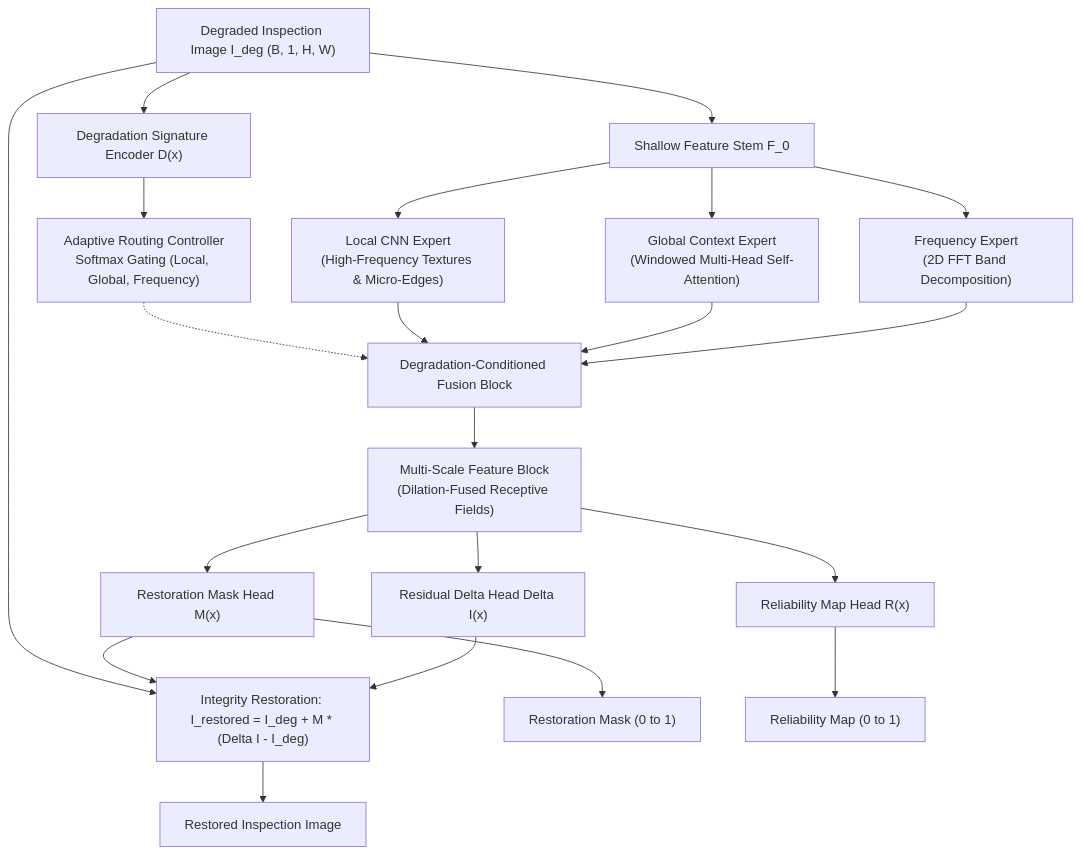
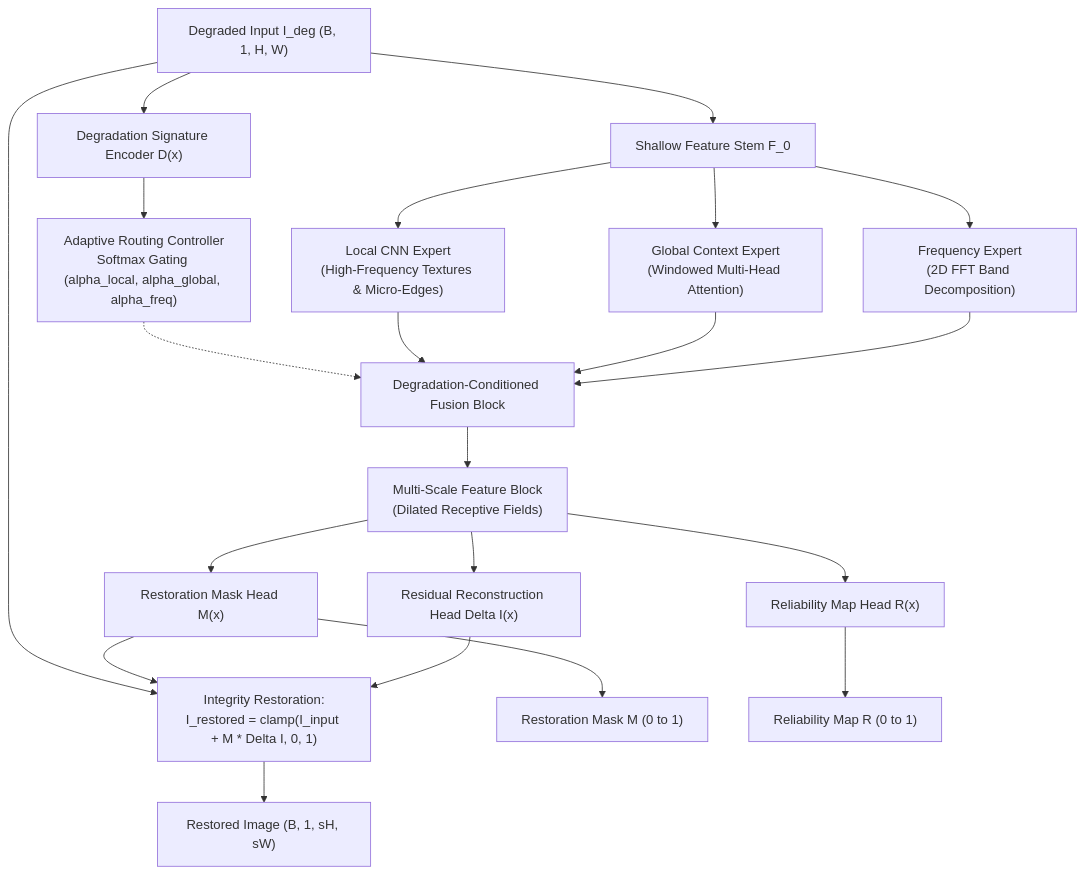
One commit to udhaya987/AIRIS-Net changed the diagram in README.md. Above: the diagram before and after it, drawn with Mermaid. The commit also changed other lines of this file and 1 other file, not shown here.

Commit message:
docs: finalize README with competition instructions, architecture details, and benchmarks

````diff
--- a/README.md
+++ b/README.md
@@ -37,30 +41,30 @@
 ```mermaid
 flowchart TD
-    In["Degraded Inspection Image I_deg (B, 1, H, W)"] --> Stem["Shallow Feature Stem F_0"]
+    In["Degraded Input I_deg (B, 1, H, W)"] --> Stem["Shallow Feature Stem F_0"]
     In --> DSE["Degradation Signature Encoder D(x)"]
     
-    DSE --> Router["Adaptive Routing Controller\nSoftmax Gating (Local, Global, Frequency)"]
+    DSE --> Router["Adaptive Routing Controller\nSoftmax Gating (alpha_local, alpha_global, alpha_freq)"]
     
     Stem --> LocalExp["Local CNN Expert\n(High-Frequency Textures & Micro-Edges)"]
-    Stem --> GlobalExp["Global Context Expert\n(Windowed Multi-Head Self-Attention)"]
+    Stem --> GlobalExp["Global Context Expert\n(Windowed Multi-Head Attention)"]
     Stem --> FreqExp["Frequency Expert\n(2D FFT Band Decomposition)"]
     
     Router -.-> Fusion["Degradation-Conditioned Fusion Block"]
     LocalExp --> Fusion
     GlobalExp --> Fusion
     FreqExp --> Fusion
     
-    Fusion --> MultiScale["Multi-Scale Feature Block\n(Dilation-Fused Receptive Fields)"]
+    Fusion --> MultiScale["Multi-Scale Feature Block\n(Dilated Receptive Fields)"]
     
     MultiScale --> MaskHead["Restoration Mask Head M(x)"]
-    MultiScale --> ResHead["Residual Delta Head Delta I(x)"]
+    MultiScale --> ResHead["Residual Reconstruction Head Delta I(x)"]
     MultiScale --> RelHead["Reliability Map Head R(x)"]
     
-    In --> ResidualFuse["Integrity Restoration: I_restored = I_deg + M * (Delta I - I_deg)"]
+    In --> ResidualFuse["Integrity Restoration:\nI_restored = clamp(I_input + M * Delta I, 0, 1)"]
     MaskHead --> ResidualFuse
     ResHead --> ResidualFuse
     
-    ResidualFuse --> OutImg["Restored Inspection Image"]
-    MaskHead --> OutMask["Restoration Mask (0 to 1)"]
-    RelHead --> OutRel["Reliability Map (0 to 1)"]
+    ResidualFuse --> OutImg["Restored Image (B, 1, sH, sW)"]
+    MaskHead --> OutMask["Restoration Mask M (0 to 1)"]
+    RelHead --> OutRel["Reliability Map R (0 to 1)"]
 ```
````
